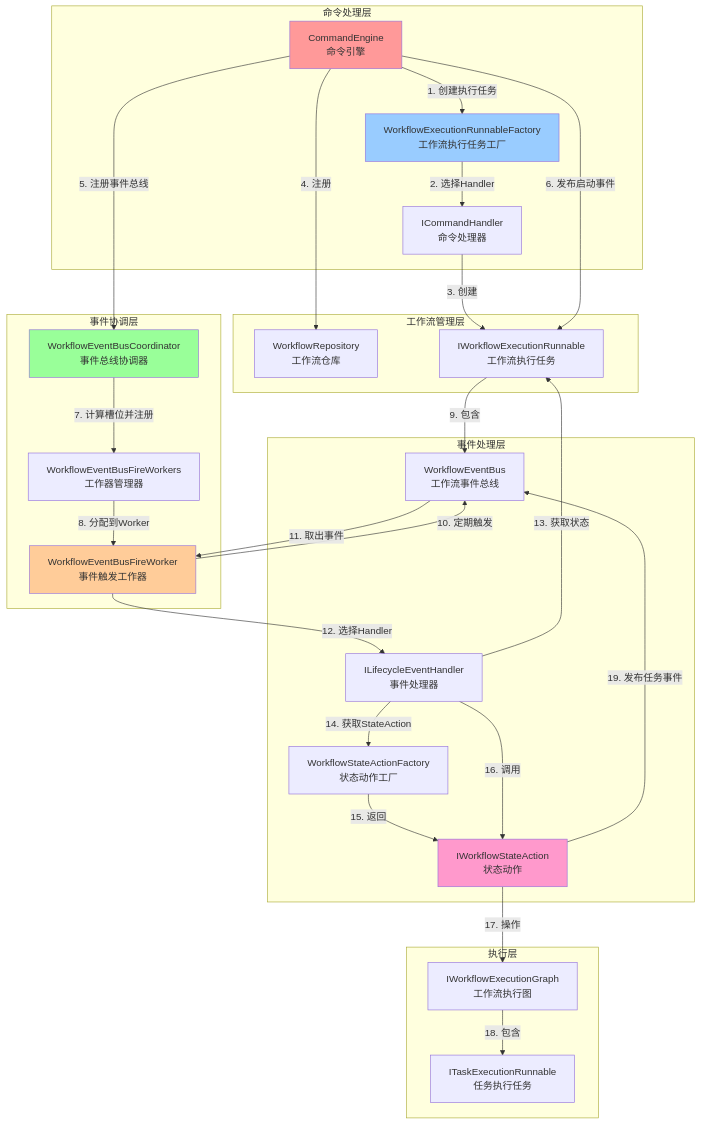
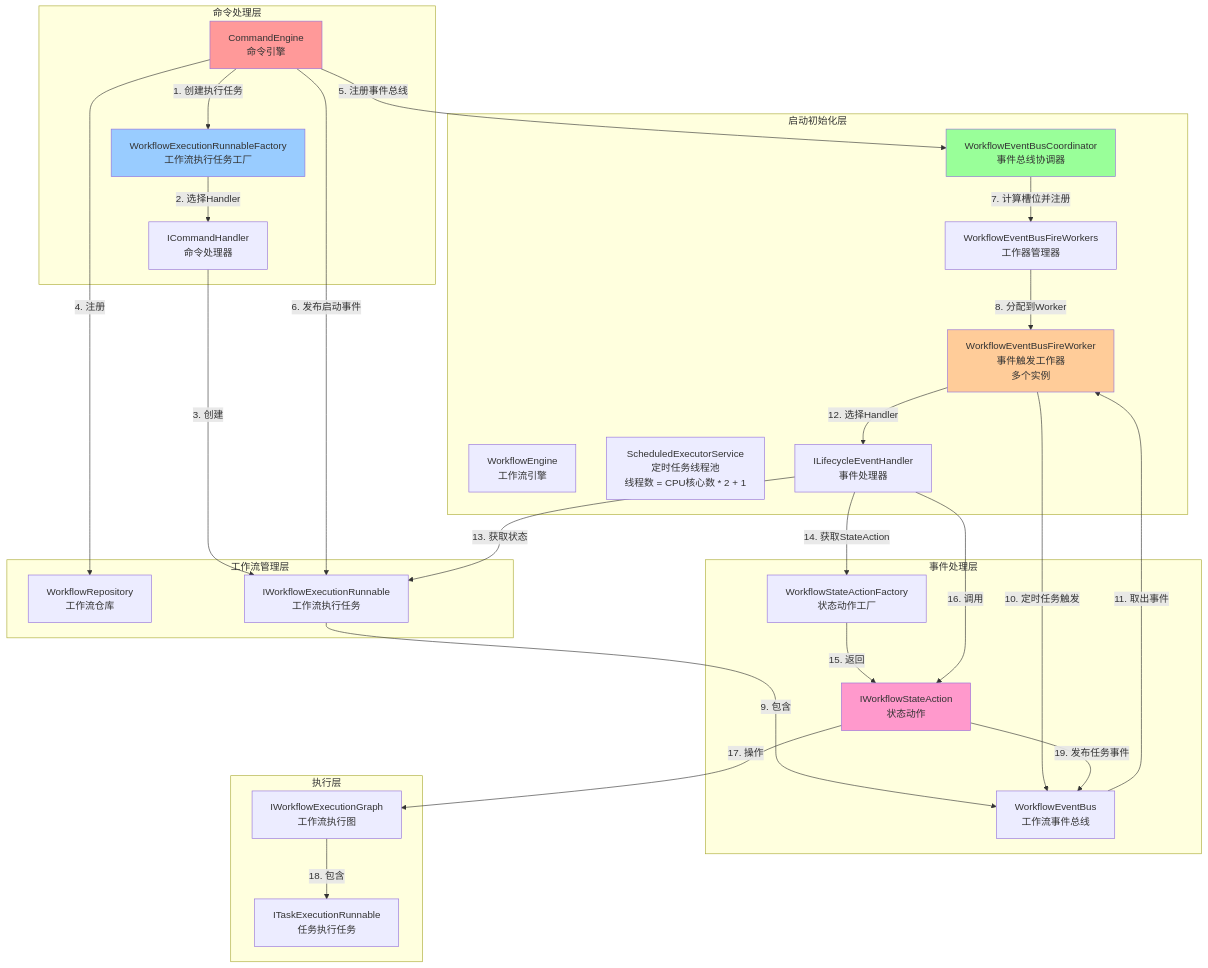
Diagram 15 of 43 in dolphinscheduler-master/analyze/master启动/8-工作流引擎/8-2-命令引擎.md (vanchan5/dolphinscheduler), drawn with Mermaid before and after one commit. The commit also changed other lines of this file, not shown here.

````diff
--- a/dolphinscheduler-master/analyze/master启动/8-工作流引擎/8-2-命令引擎.md
+++ b/dolphinscheduler-master/analyze/master启动/8-工作流引擎/8-2-命令引擎.md
@@ -1140,62 +1195,65 @@
 ```mermaid
 graph TB
+    subgraph "启动初始化层"
+        WE[WorkflowEngine<br/>工作流引擎]
+        WEC[WorkflowEventBusCoordinator<br/>事件总线协调器]
+        WEFWS[WorkflowEventBusFireWorkers<br/>工作器管理器]
+        STP[ScheduledExecutorService<br/>定时任务线程池<br/>线程数 = CPU核心数 * 2 + 1]
+        WEFW[WorkflowEventBusFireWorker<br/>事件触发工作器<br/>多个实例]
+        EH[ILifecycleEventHandler<br/>事件处理器<br/>注册到Worker]
+    end
+    
     subgraph "命令处理层"
         CE[CommandEngine<br/>命令引擎]
         WERF[WorkflowExecutionRunnableFactory<br/>工作流执行任务工厂]
         CH[ICommandHandler<br/>命令处理器]
     end
     
     subgraph "工作流管理层"
         WR[WorkflowRepository<br/>工作流仓库]
         WER[IWorkflowExecutionRunnable<br/>工作流执行任务]
-    end
-    
-    subgraph "事件协调层"
-        WEC[WorkflowEventBusCoordinator<br/>事件总线协调器]
-        WEFWS[WorkflowEventBusFireWorkers<br/>工作器管理器]
-        WEFW[WorkflowEventBusFireWorker<br/>事件触发工作器]
     end
     
     subgraph "事件处理层"
         WEB[WorkflowEventBus<br/>工作流事件总线]
         EH[ILifecycleEventHandler<br/>事件处理器]
         WSAF[WorkflowStateActionFactory<br/>状态动作工厂]
         WSA[IWorkflowStateAction<br/>状态动作]
     end
     
     subgraph "执行层"
         WEG[IWorkflowExecutionGraph<br/>工作流执行图]
         TER[ITaskExecutionRunnable<br/>任务执行任务]
     end
     
     CE -->|1. 创建执行任务| WERF
     WERF -->|2. 选择Handler| CH
     CH -->|3. 创建| WER
     
     CE -->|4. 注册| WR
     CE -->|5. 注册事件总线| WEC
     CE -->|6. 发布启动事件| WER
     
     WEC -->|7. 计算槽位并注册| WEFWS
     WEFWS -->|8. 分配到Worker| WEFW
     WER -->|9. 包含| WEB
     
-    WEFW -->|10. 定期触发| WEB
+    WEFW -->|10. 定时任务触发| WEB
     WEB -->|11. 取出事件| WEFW
     WEFW -->|12. 选择Handler| EH
     
     EH -->|13. 获取状态| WER
     EH -->|14. 获取StateAction| WSAF
     WSAF -->|15. 返回| WSA
     EH -->|16. 调用| WSA
     
     WSA -->|17. 操作| WEG
     WEG -->|18. 包含| TER
     WSA -->|19. 发布任务事件| WEB
     
     style CE fill:#ff9999
     style WERF fill:#99ccff
     style WEC fill:#99ff99
     style WEFW fill:#ffcc99
     style WSA fill:#ff99cc
 ```
````
